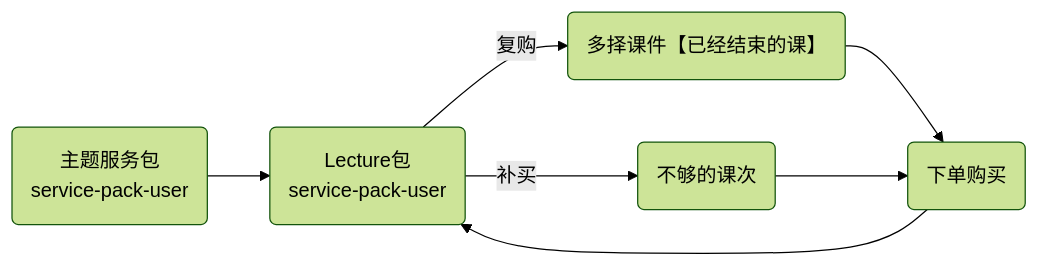
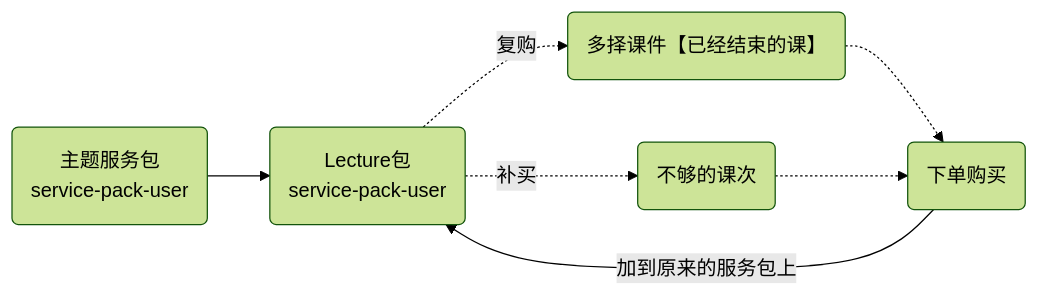
One commit to zran-nz/doc changed the fourth of 5 diagrams in fio/service.md. Above: the diagram before and after it, drawn with Mermaid (forest theme). The commit also changed other lines of this file, not shown here.

Commit message:
fixed https://github.com/zran-nz/bug/issues/5200

````diff
--- a/fio/service.md
+++ b/fio/service.md
@@ -63,8 +63,8 @@
 ```mermaid
 graph LR
   PU(主题服务包<br>service-pack-user) --> PUC(Lecture包<br>service-pack-user)
-  PUC -->|复购| MT(多择课件【已经结束的课】)
-  PUC -->|补买| KC(不够的课次)
-  MT --> O(下单购买) --> PUC
-  KC --> O
+  PUC -.->|复购| MT(多择课件【已经结束的课】)
+  PUC -.->|补买| KC(不够的课次)
+  MT -.-> O(下单购买) -->|加到原来的服务包上| PUC
+  KC -.-> O
 ```
````
